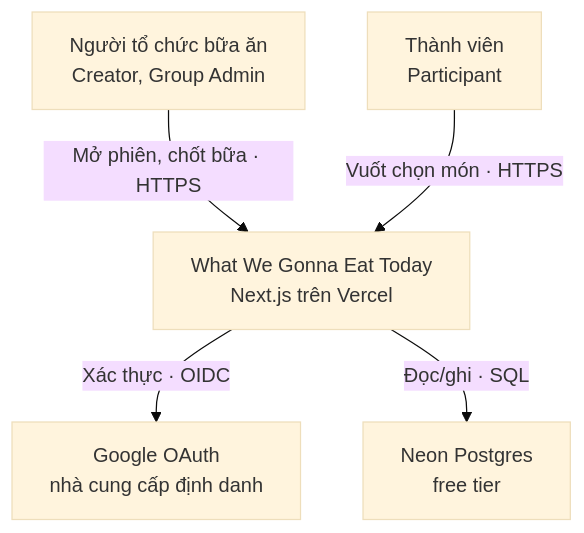
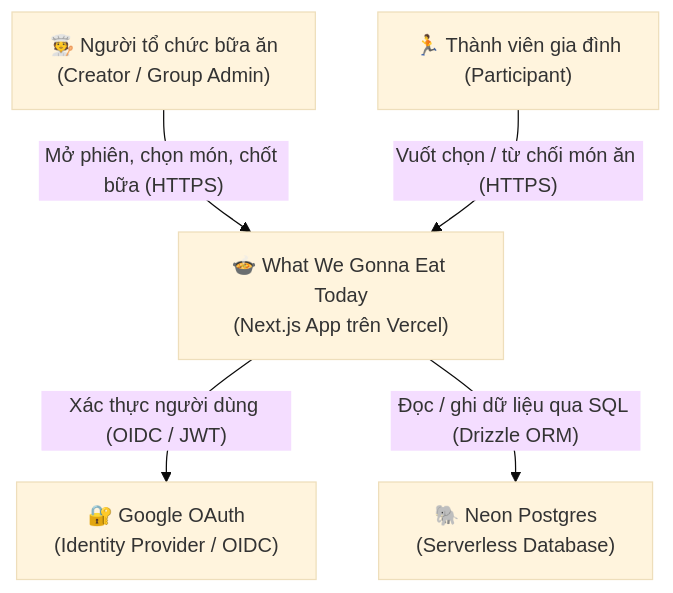
Before and after one commit to trinhquocthinh/What-we-gonna-eat-today: the first of 5 diagrams in docs/what-we-gonna-eat-today_diagrams_v0_1.md, drawn with Mermaid (base theme). The commit also changed other lines of this file and 25 other files, not shown here.

````diff
--- a/docs/what-we-gonna-eat-today_diagrams_v0_1.md
+++ b/docs/what-we-gonna-eat-today_diagrams_v0_1.md
@@ -21,13 +31,13 @@
 ```mermaid
 flowchart TB
-    creator["Người tổ chức bữa ăn<br/>Creator, Group Admin"]
-    member["Thành viên<br/>Participant"]
-    app["What We Gonna Eat Today<br/>Next.js trên Vercel"]
-    google["Google OAuth<br/>nhà cung cấp định danh"]
-    neon["Neon Postgres<br/>free tier"]
+    creator["🧑‍🍳 Người tổ chức bữa ăn<br/>(Creator / Group Admin)"]
+    member["🏃 Thành viên gia đình<br/>(Participant)"]
+    app["🍲 What We Gonna Eat Today<br/>(Next.js App trên Vercel)"]
+    google["🔐 Google OAuth<br/>(Identity Provider / OIDC)"]
+    neon["🐘 Neon Postgres<br/>(Serverless Database)"]
 
-    creator -->|"Mở phiên, chốt bữa · HTTPS"| app
-    member -->|"Vuốt chọn món · HTTPS"| app
-    app -->|"Xác thực · OIDC"| google
-    app -->|"Đọc/ghi · SQL"| neon
+    creator -->|"Mở phiên, chọn món, chốt bữa (HTTPS)"| app
+    member -->|"Vuốt chọn / từ chối món ăn (HTTPS)"| app
+    app -->|"Xác thực người dùng (OIDC / JWT)"| google
+    app -->|"Đọc / ghi dữ liệu qua SQL (Drizzle ORM)"| neon
 ```
````
